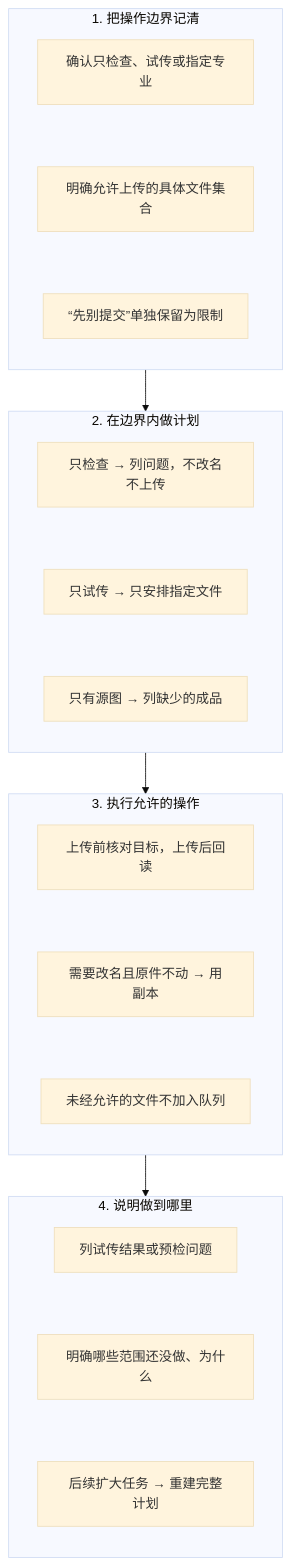
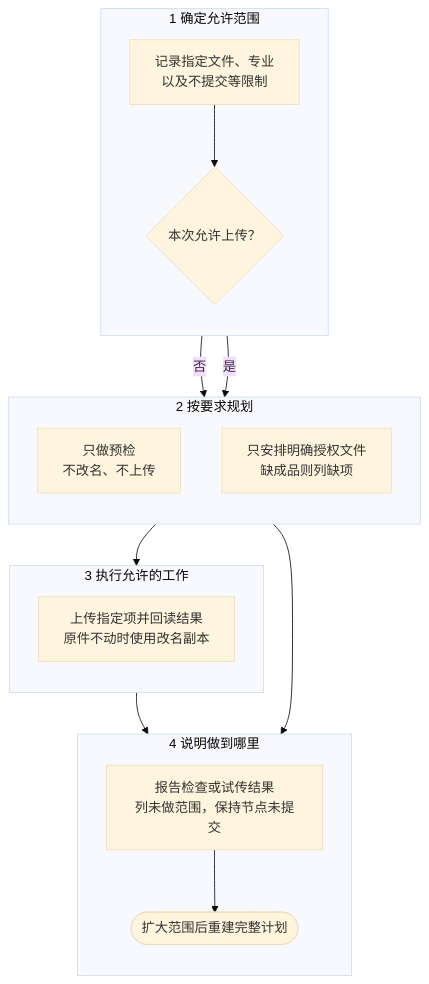
The diagram in docs/upload-guide/sources/07-limited.mmd (Zazia/blueprint-batch-upload), drawn with Mermaid (base theme) before and after one commit. The commit also changed 51 other files, not shown here.

Commit message:
Refocus article on Guangzhou designers and restore grouped flowcharts

```diff
--- a/docs/upload-guide/sources/07-limited.mmd
+++ b/docs/upload-guide/sources/07-limited.mmd
@@ -1,32 +1,27 @@
 flowchart TD
-  subgraph S0["1. 把操作边界记清"]
+  subgraph S0["1 确定允许范围"]
     direction TB
-    N00["确认只检查、试传或指定专业"]
-    N01["明确允许上传的具体文件集合"]
-    N02["“先别提交”单独保留为限制"]
-    N00 ~~~ N01 ~~~ N02
+    a["记录指定文件、专业<br/>以及不提交等限制"]
+    b{"本次允许上传？"}
   end
-  subgraph S1["2. 在边界内做计划"]
+  subgraph S1["2 按要求规划"]
     direction TB
-    N10["只检查 → 列问题，不改名不上传"]
-    N11["只试传 → 只安排指定文件"]
-    N12["只有源图 → 列缺少的成品"]
-    N10 ~~~ N11 ~~~ N12
+    c["只做预检<br/>不改名、不上传"]
+    d["只安排明确授权文件<br/>缺成品则列缺项"]
   end
-  S0 --> S1
-  subgraph S2["3. 执行允许的操作"]
+  subgraph S2["3 执行允许的工作"]
     direction TB
-    N20["上传前核对目标，上传后回读"]
-    N21["需要改名且原件不动 → 用副本"]
-    N22["未经允许的文件不加入队列"]
-    N20 ~~~ N21 ~~~ N22
+    e["上传指定项并回读结果<br/>原件不动时使用改名副本"]
   end
-  S1 --> S2
-  subgraph S3["4. 说明做到哪里"]
+  subgraph S3["4 说明做到哪里"]
     direction TB
-    N30["列试传结果或预检问题"]
-    N31["明确哪些范围还没做、为什么"]
-    N32["后续扩大任务 → 重建完整计划"]
-    N30 ~~~ N31 ~~~ N32
+    f["报告检查或试传结果<br/>列未做范围，保持节点未提交"]
+    g(["扩大范围后重建完整计划"])
   end
-  S2 --> S3
+  a --> b
+  b -->|否| c
+  b -->|是| d
+  d --> e
+  c --> f
+  e --> f
+  f --> g
```
